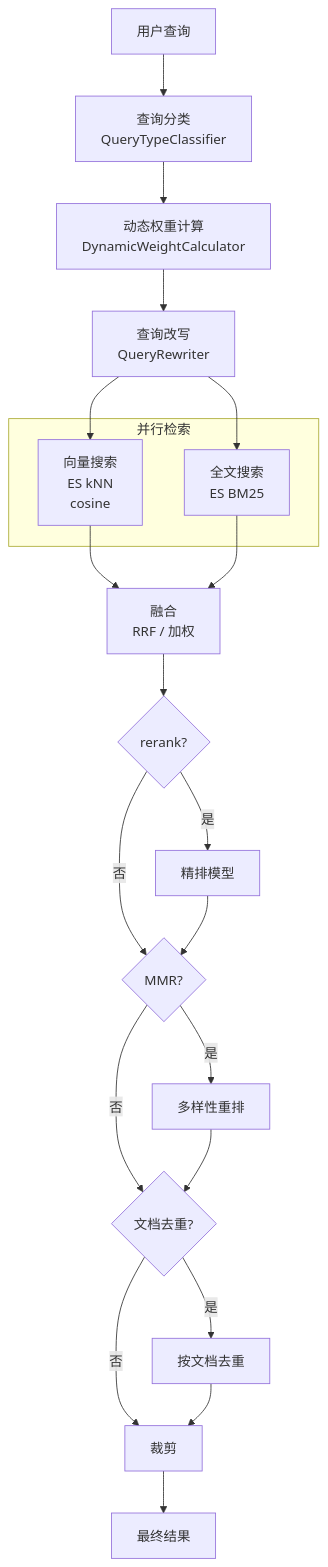
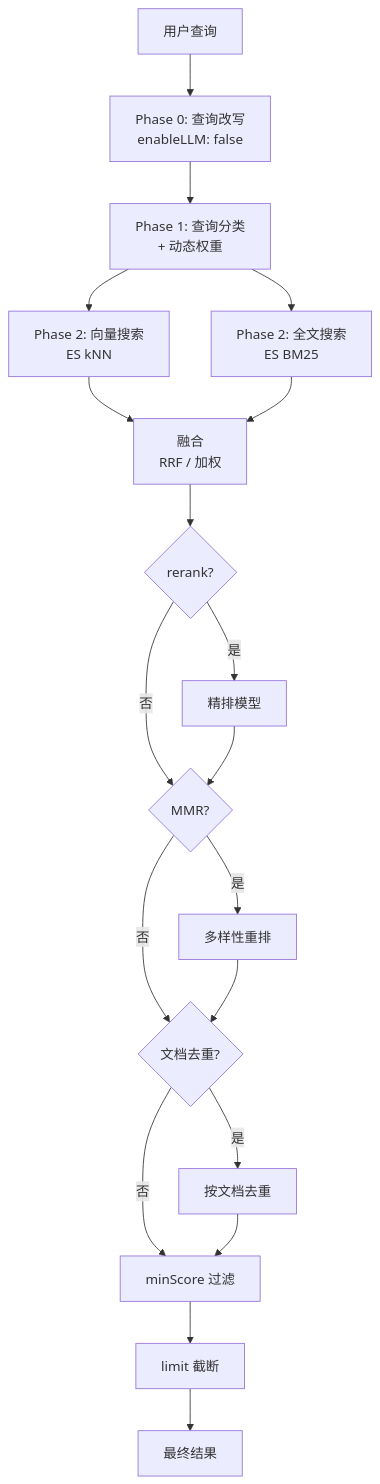
One commit to GGwujun/deep-dive-winmatrix changed the diagram in src/part6-knowledge/ch17-rag.md. Above: the diagram before and after it, drawn with Mermaid. The commit also changed other lines of this file and 35 other files, not shown here.

````diff
--- a/src/part6-knowledge/ch17-rag.md
+++ b/src/part6-knowledge/ch17-rag.md
@@ -83,39 +98,34 @@
 ```mermaid
 graph TB
     Q["用户查询"]
-
-    CLASSIFY["查询分类<br/>QueryTypeClassifier"]
-    WEIGHT["动态权重计算<br/>DynamicWeightCalculator"]
-    REWRITE["查询改写<br/>QueryRewriter"]
-
-    subgraph "并行检索"
-        VEC["向量搜索<br/>ES kNN<br/>cosine"]
-        TEXT["全文搜索<br/>ES BM25"]
-    end
-
+    P0["Phase 0: 查询改写<br/>enableLLM: false"]
+    P1["Phase 1: 查询分类<br/>+ 动态权重"]
+    P2A["Phase 2: 向量搜索<br/>ES kNN"]
+    P2B["Phase 2: 全文搜索<br/>ES BM25"]
     FUSE["融合<br/>RRF / 加权"]
     RERANK{"rerank?"}
     MMR{"MMR?"}
     DEDUP{"文档去重?"}
-    TRIM["裁剪"]
+    SCORE["minScore 过滤"]
+    LIMIT["limit 截断"]
     RESULT["最终结果"]
 
-    Q --> CLASSIFY
-    CLASSIFY --> WEIGHT
-    WEIGHT --> REWRITE
-    REWRITE --> VEC
-    REWRITE --> TEXT
-    VEC --> FUSE
-    TEXT --> FUSE
+    Q --> P0
+    P0 --> P1
+    P1 --> P2A
+    P1 --> P2B
+    P2A --> FUSE
+    P2B --> FUSE
     FUSE --> RERANK
-    RERANK -->|"是"| RERANK_EXE["精排模型"]
-    RERANK -->|"否"| MMR
+    RERANK -->|是| RERANK_EXE["精排模型"]
+    RERANK -->|否| MMR
     RERANK_EXE --> MMR
-    MMR -->|"是"| MMR_EXE["多样性重排"]
-    MMR -->|"否"| DEDUP
+    MMR -->|是| MMR_EXE["多样性重排"]
+    MMR -->|否| DEDUP
     MMR_EXE --> DEDUP
-    DEDUP -->|"是"| DEDUP_EXE["按文档去重"]
-    DEDUP -->|"否"| TRIM
-    DEDUP_EXE --> TRIM
-    TRIM --> RESULT
+    DEDUP -->|是| DEDUP_EXE["按文档去重"]
+    DEDUP -->|否| SCORE
+    DEDUP_EXE --> SCORE
+    SCORE --> LIMIT
+    LIMIT --> RESULT
 ```
````
